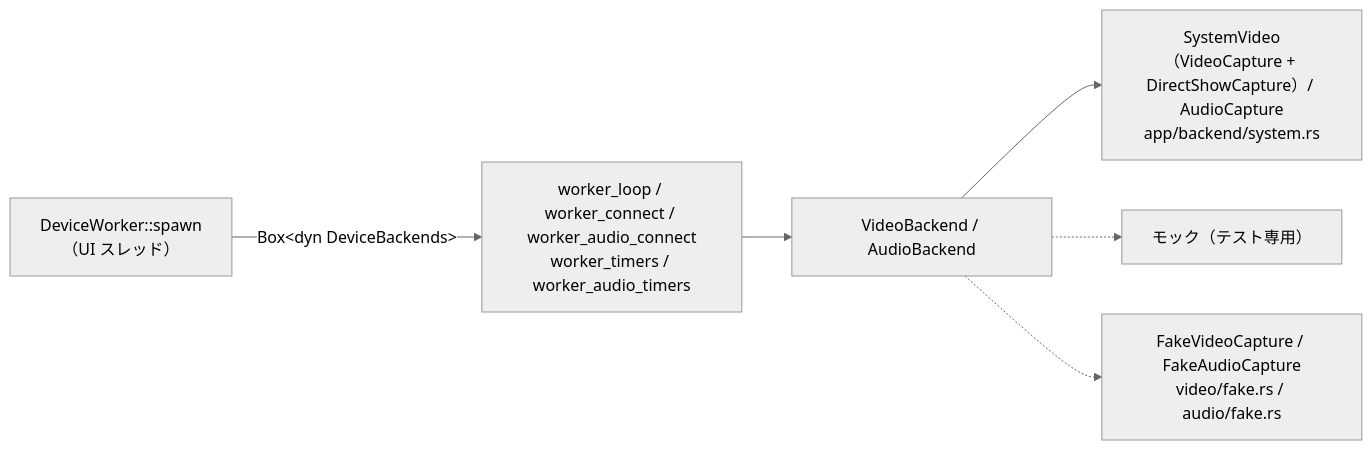
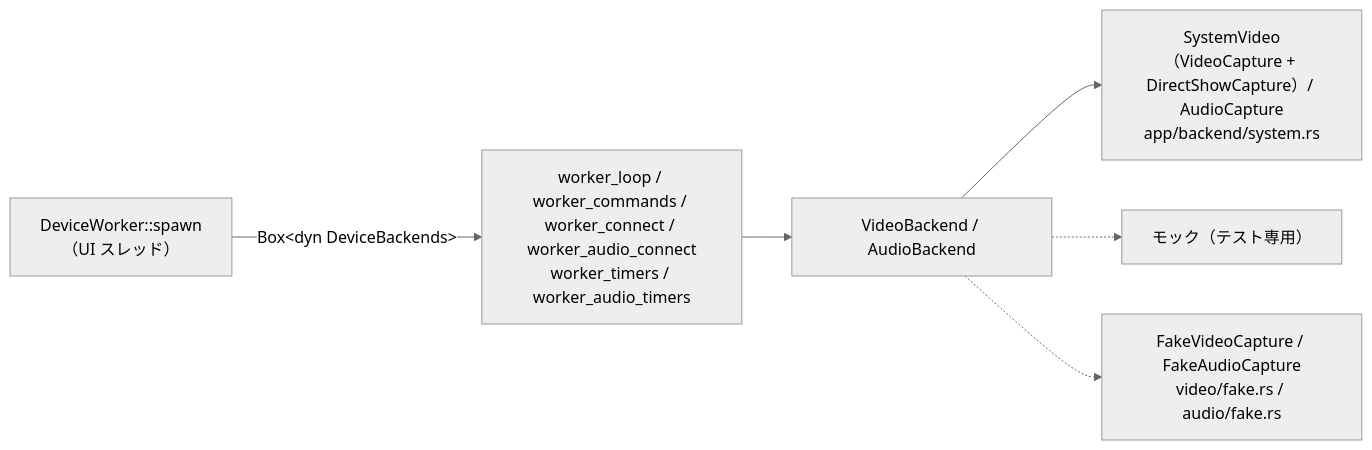
One commit to Mui-MuiMui/Capturecard_Viewer changed the second of 2 diagrams in docs/design/device-worker.md. Above: the diagram before and after it, drawn with Mermaid (neutral theme). The commit also changed other lines of this file and 5 other files, not shown here.

First line of the commit message:
refactor: デバイスワーカーのコマンドの受け口を src/app/worker_commands.rs へ移す

````diff
--- a/docs/design/device-worker.md
+++ b/docs/design/device-worker.md
@@ -61,15 +61,15 @@
 ```mermaid
 flowchart LR
     spawn["DeviceWorker::spawn<br/>（UI スレッド）"]
-    loop["worker_loop / worker_connect / worker_audio_connect<br/>worker_timers / worker_audio_timers"]
+    loop["worker_loop / worker_commands / worker_connect / worker_audio_connect<br/>worker_timers / worker_audio_timers"]
     trait["VideoBackend / AudioBackend"]
     real["SystemVideo（VideoCapture + DirectShowCapture）/ AudioCapture<br/>app/backend/system.rs"]
     mock["モック（テスト専用）"]
     fake["FakeVideoCapture / FakeAudioCapture<br/>video/fake.rs / audio/fake.rs"]
 
     spawn -->|Box&lt;dyn DeviceBackends&gt;| loop
     loop --> trait
     trait --> real
     trait -.-> mock
     trait -.-> fake
 ```
````
